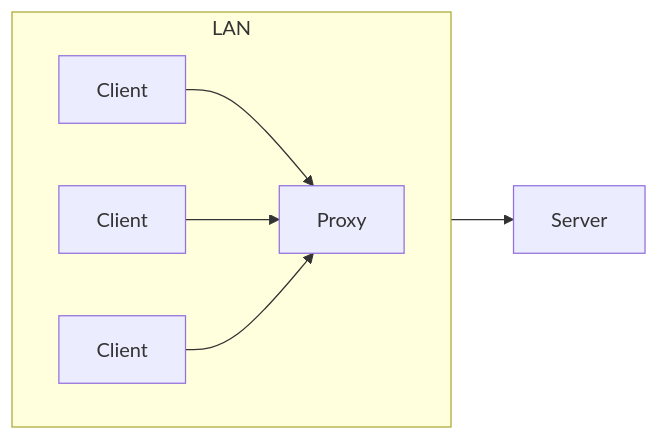
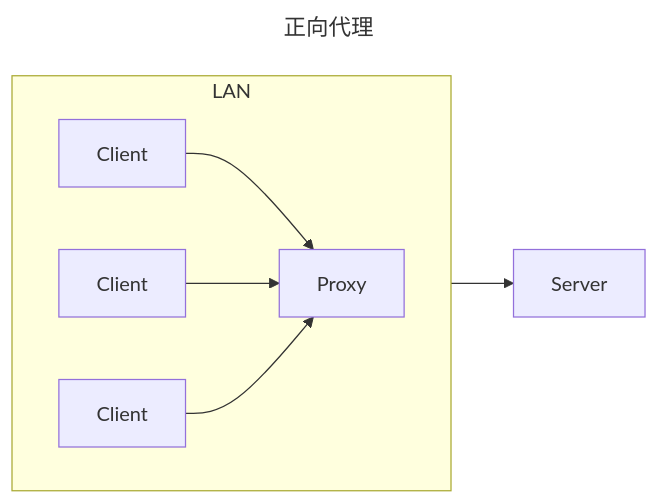
The first of 2 diagrams in web/proxy.md (haroldzkx/minedocs), drawn with Mermaid before and after one commit. The commit also changed other lines of this file and 1 other file, not shown here.

````diff
--- a/web/proxy.md
+++ b/web/proxy.md
@@ -3,19 +3,21 @@
 ```mermaid
-%% 正向代理
+---
+title: 正向代理
+---
 graph LR
 
 subgraph LAN
     direction LR
     A[Client]
     B[Client]
     C[Client]
     D[Proxy]
 end
 
 E[Server]
 
 A --> D
 B --> D
 C --> D
 D --> E
 ```
````
